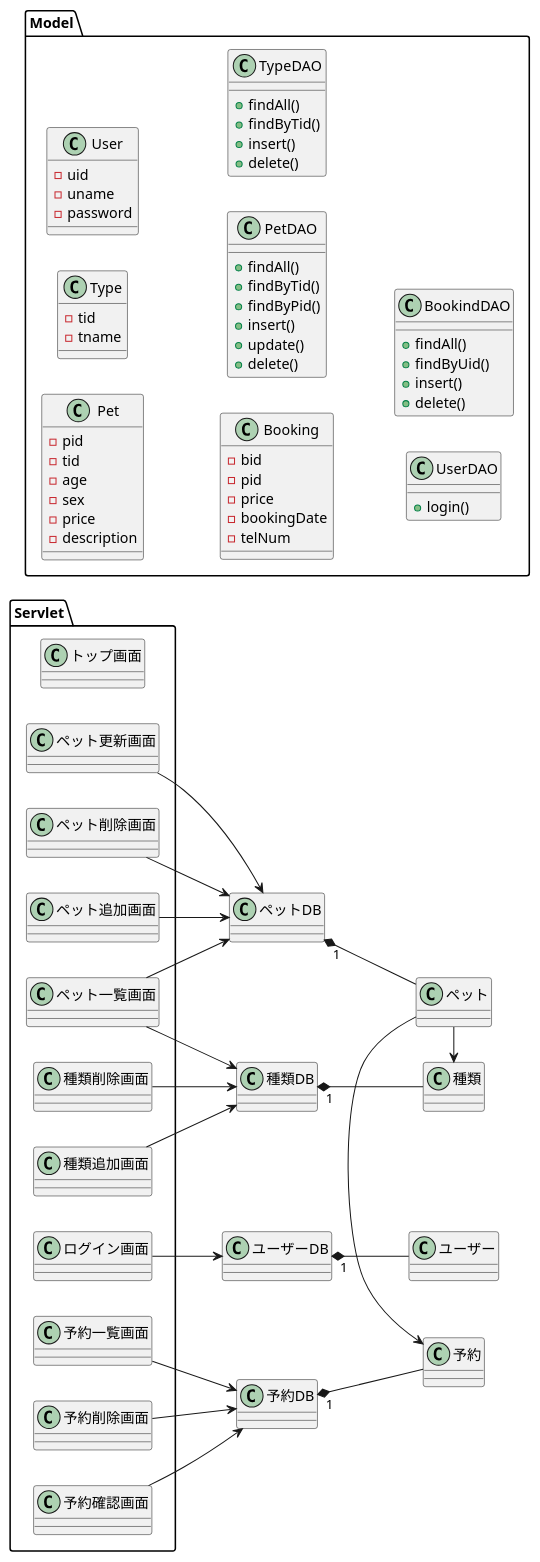
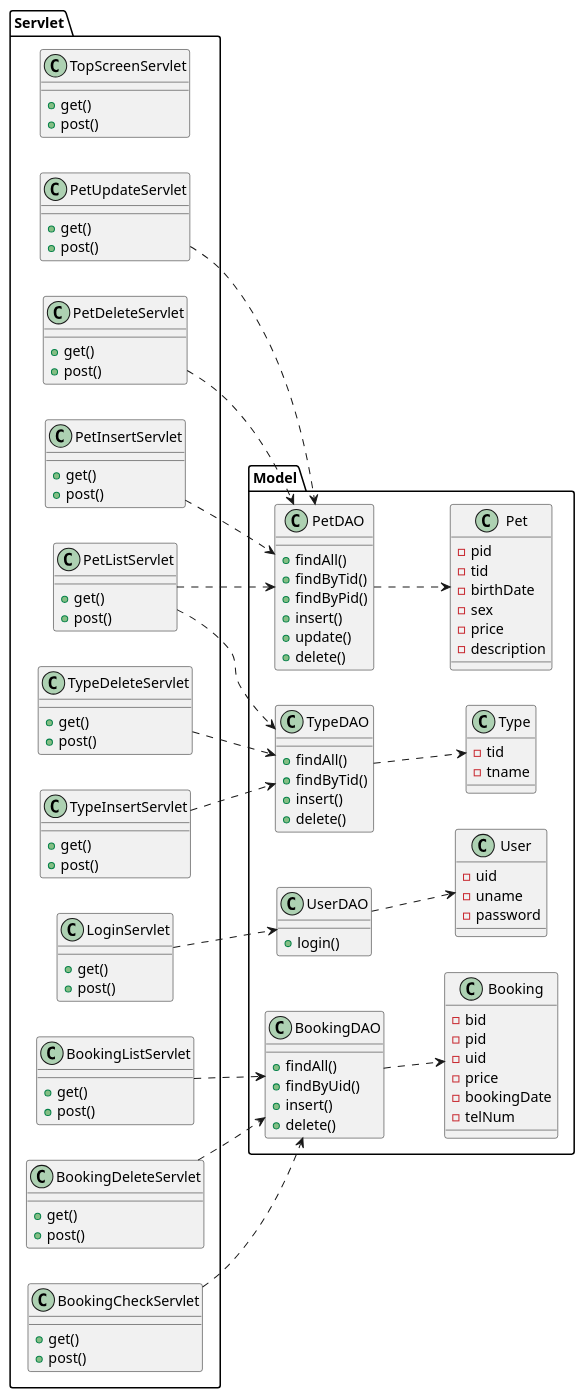
One commit to Tyamanaka07/WebSystem changed the diagram in detail.uml/class.pu. Above: the diagram before and after it, drawn with PlantUML.

Commit message:
detail.umlのクラス図を作成

```diff
--- a/detail.uml/class.pu
+++ b/detail.uml/class.pu
@@ -1,95 +1,136 @@
 @startuml
 left to right direction
 
 package Model{
-class Pet{
-	-pid
-	-tid
-	-age
-	-sex
-	-price
-	-description
-}
+	class Pet{
+		-pid
+		-tid
+		-birthDate
+		-sex
+		-price
+		-description
+	}
 
-class Type{
-	-tid
-	-tname
-}
+	class Type{
+		-tid
+		-tname
+	}
 
-class User{
-	-uid
-	-uname
-	-password
-}
+	class User{
+		-uid
+		-uname
+		-password
+	}
 
-class Booking{
-	-bid
-	-pid
-	-price
-	-bookingDate
-	-telNum
-}
+	class Booking{
+		-bid
+		-pid
+		-uid
+		-price
+		-bookingDate
+		-telNum
+	}
 
-class PetDAO{
-	+findAll()
-	+findByTid()
-	+findByPid()
-	+insert()
-	+update()
-	+delete()
-}
+	class PetDAO{
+		+findAll()
+		+findByTid()
+		+findByPid()
+		+insert()
+		+update()
+		+delete()
+	}
 
-class TypeDAO{
-	+findAll()
-	+findByTid()
-	+insert()
-	+delete()
-}
+	class TypeDAO{
+		+findAll()
+		+findByTid()
+		+insert()
+		+delete()
+	}
 
-class UserDAO{
-	+login()
-}
+	class UserDAO{
+		+login()
+	}
 
-class BookindDAO{
-	+findAll()
-	+findByUid()
-	+insert()
-	+delete()
-}
+	class BookingDAO{
+		+findAll()
+		+findByUid()
+		+insert()
+		+delete()
+	}
 }
 
 package Servlet{
-class トップ画面
-class ペット一覧画面
-class ログイン画面
-class ペット追加画面
-class ペット更新画面
-class ペット削除画面
-class 種類追加画面
-class 種類削除画面
-class 予約確認画面
-class 予約一覧画面
-class 予約削除画面
+	class TopScreenServlet{
+		+get()
+		+post()
+	}
 
+	class PetListServlet{
+		+get()
+		+post()
+	}
+
+	class LoginServlet{
+		+get()
+		+post()
+	}
+
+	class PetInsertServlet{
+		+get()
+		+post()
+	}
+
+	class PetUpdateServlet{
+		+get()
+		+post()
+	}
+
+	class PetDeleteServlet{
+		+get()
+		+post()
+	}
+
+	class TypeInsertServlet{
+		+get()
+		+post()
+	}
+
+	class TypeDeleteServlet{
+		+get()
+		+post()
+	}
+
+	class BookingCheckServlet{
+		+get()
+		+post()
+	}
+
+	class BookingListServlet{
+		+get()
+		+post()
+	}
+
+	class BookingDeleteServlet{
+		+get()
+		+post()
+	}
 }
 
-ペットDB "1" *-- ペット
-種類DB "1" *-- 種類
-ユーザーDB "1" *-- ユーザー
-予約DB "1" *-- 予約
-ペット -> 種類
-ペット -> 予約
 
-ペット一覧画面-->種類DB
-ペット一覧画面-->ペットDB
-ログイン画面-->ユーザーDB
-ペット追加画面-->ペットDB
-ペット更新画面-->ペットDB
-種類追加画面-->種類DB
-種類削除画面-->種類DB
-ペット削除画面-->ペットDB
-予約確認画面-->予約DB
-予約一覧画面-->予約DB
-予約削除画面-->予約DB
+PetListServlet..>TypeDAO
+TypeInsertServlet..>TypeDAO
+TypeDeleteServlet..>TypeDAO
+PetListServlet..>PetDAO
+PetInsertServlet..>PetDAO
+PetUpdateServlet..>PetDAO
+PetDeleteServlet..>PetDAO
+LoginServlet..>UserDAO
+BookingCheckServlet..>BookingDAO
+BookingListServlet..>BookingDAO
+BookingDeleteServlet..>BookingDAO
 
+BookingDAO..>Booking
+PetDAO..>Pet
+TypeDAO..>Type
+UserDAO..>User
 @enduml
```
